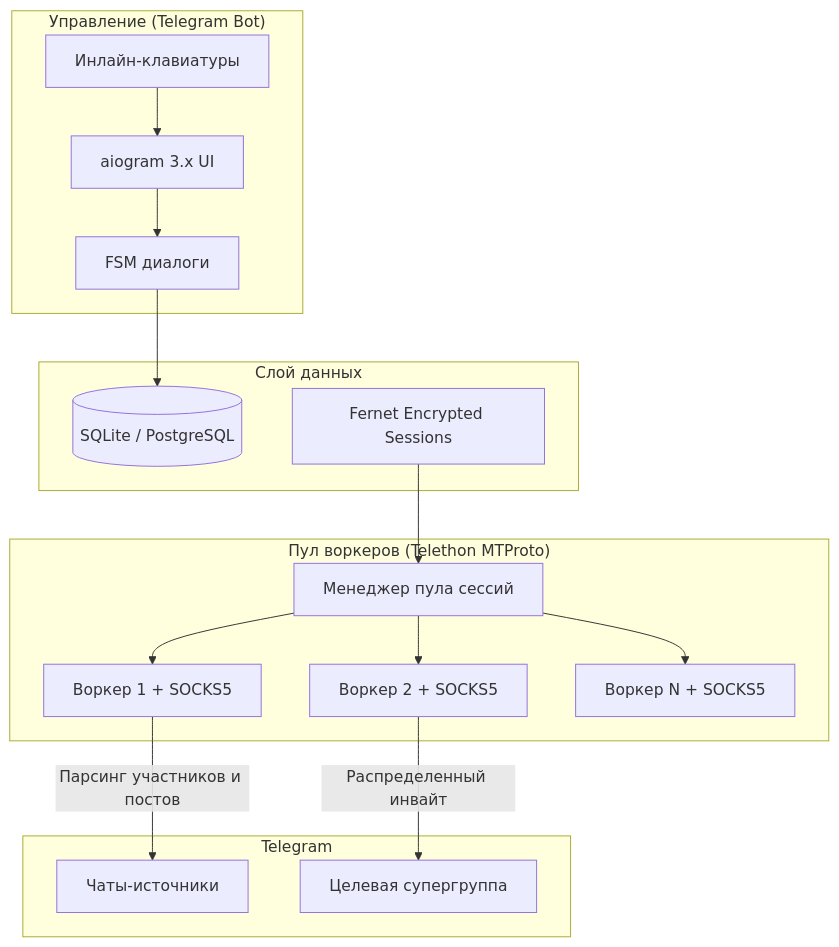
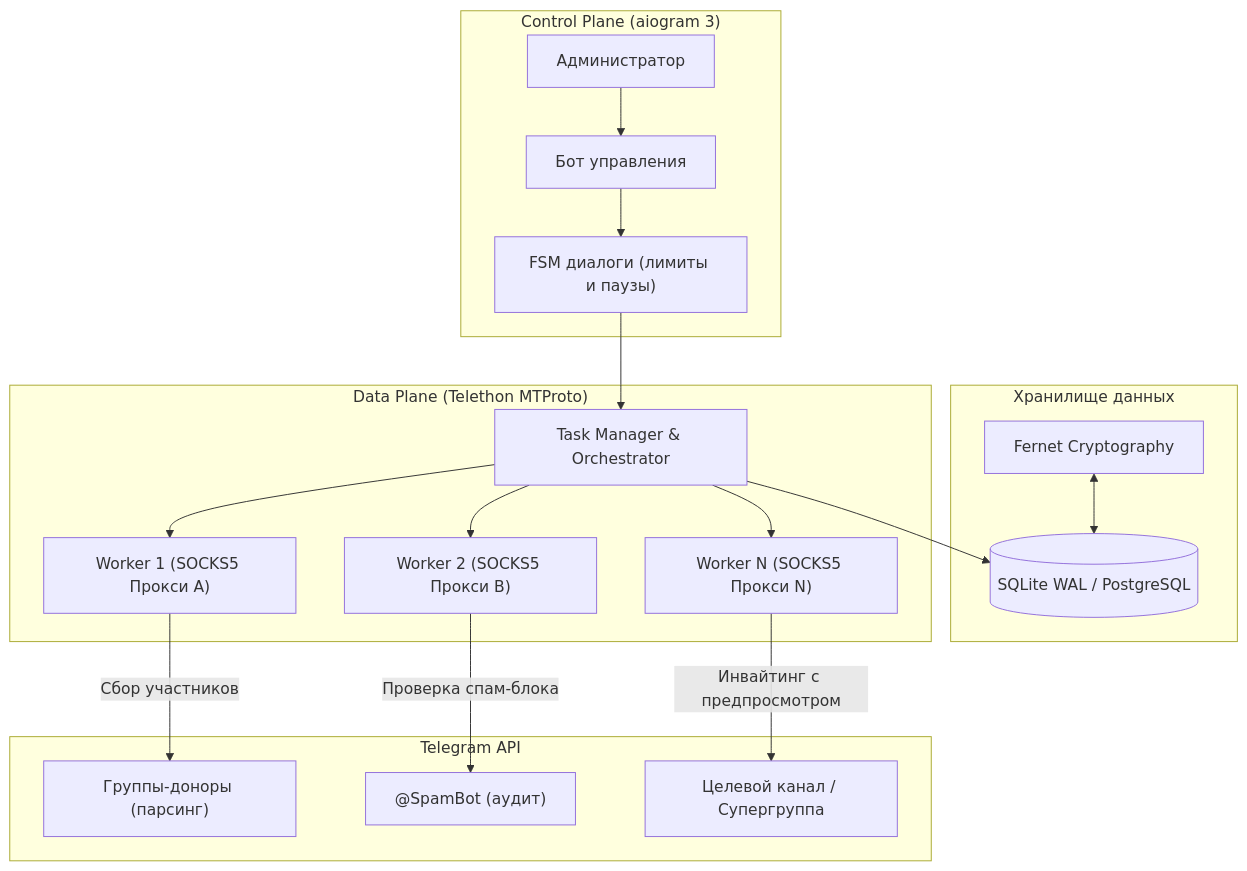
One commit to ivanchik-byte/tg-invite-machine changed the diagram in README.md. Above: the diagram before and after it, drawn with Mermaid. The commit also changed other lines of this file and 13 other files, not shown here.

````diff
--- a/README.md
+++ b/README.md
@@ -11,35 +98,38 @@
 ```mermaid
 flowchart TD
-    subgraph ControlPlane["Управление (Telegram Bot)"]
-        AIO["aiogram 3.x UI"]
-        FSM["FSM диалоги"]
-        KB["Инлайн-клавиатуры"]
+    subgraph ControlPlane["Control Plane (aiogram 3)"]
+        ADMIN["Администратор"]
+        BOT["Бот управления"]
+        FSM["FSM диалоги (лимиты и паузы)"]
     end
 
-    subgraph DataStorage["Слой данных"]
-        DB[("SQLite / PostgreSQL")]
-        Vault["Fernet Encrypted Sessions"]
+    subgraph DataStorage["Хранилище данных"]
+        DB[("SQLite WAL / PostgreSQL")]
+        VAULT["Fernet Cryptography"]
     end
 
-    subgraph WorkerPlane["Пул воркеров (Telethon MTProto)"]
-        Pool["Менеджер пула сессий"]
-        W1["Воркер 1 + SOCKS5"]
-        W2["Воркер 2 + SOCKS5"]
-        WN["Воркер N + SOCKS5"]
+    subgraph WorkerPlane["Data Plane (Telethon MTProto)"]
+        MANAGER["Task Manager & Orchestrator"]
+        W1["Worker 1 (SOCKS5 Прокси A)"]
+        W2["Worker 2 (SOCKS5 Прокси B)"]
+        WN["Worker N (SOCKS5 Прокси N)"]
     end
 
-    subgraph TelegramPlatform["Telegram"]
-        Sources["Чаты-источники"]
-        Target["Целевая супергруппа"]
+    subgraph TelegramCloud["Telegram API"]
+        SRC["Группы-доноры (парсинг)"]
+        CHECK["@SpamBot (аудит)"]
+        DST["Целевой канал / Супергруппа"]
     end
 
-    KB --> AIO
-    AIO --> FSM
-    FSM --> DB
-    Vault --> Pool
-    Pool --> W1
-    Pool --> W2
-    Pool --> WN
-    W1 -->|Парсинг участников и постов| Sources
-    W2 -->|Распределенный инвайт| Target
+    ADMIN --> BOT
+    BOT --> FSM
+    FSM --> MANAGER
+    MANAGER --> DB
+    VAULT <--> DB
+    MANAGER --> W1
+    MANAGER --> W2
+    MANAGER --> WN
+    W1 -->|Сбор участников| SRC
+    W2 -->|Проверка спам-блока| CHECK
+    WN -->|Инвайтинг с предпросмотром| DST
 ```
````
